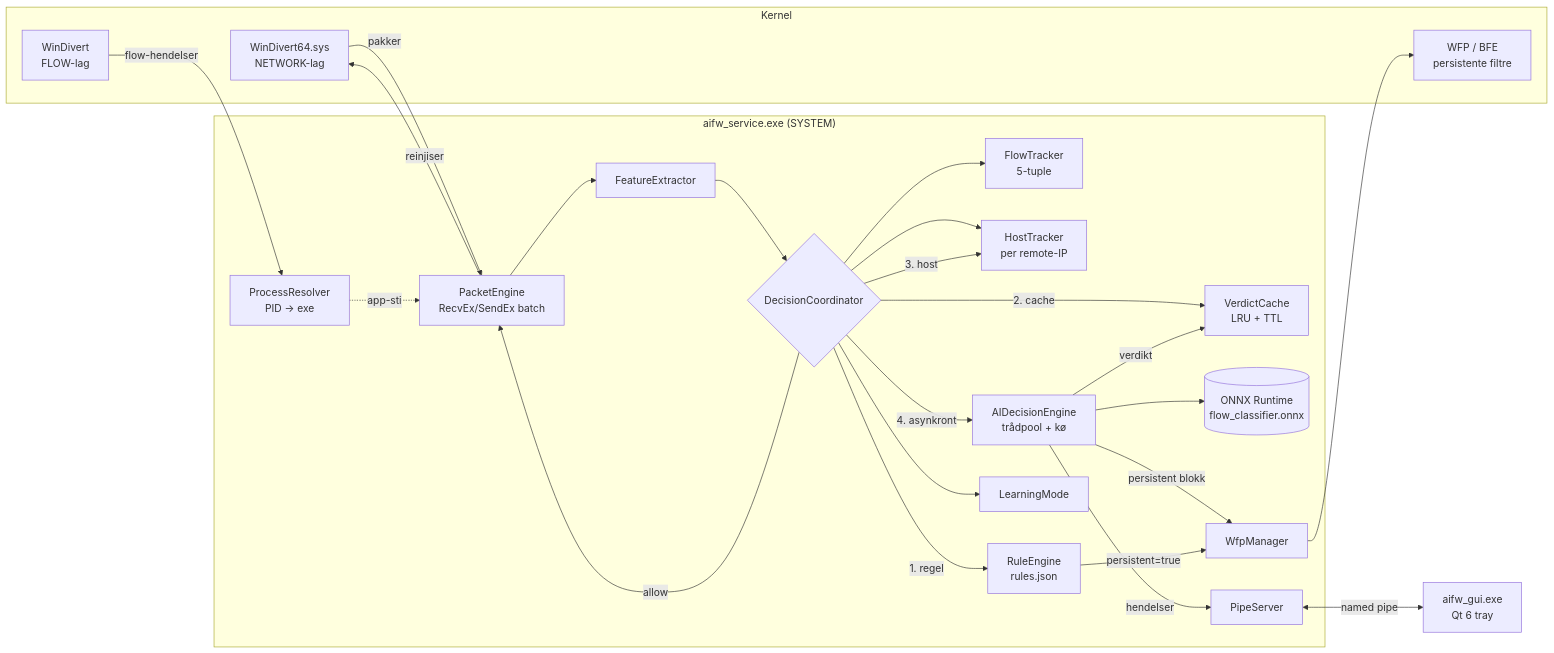
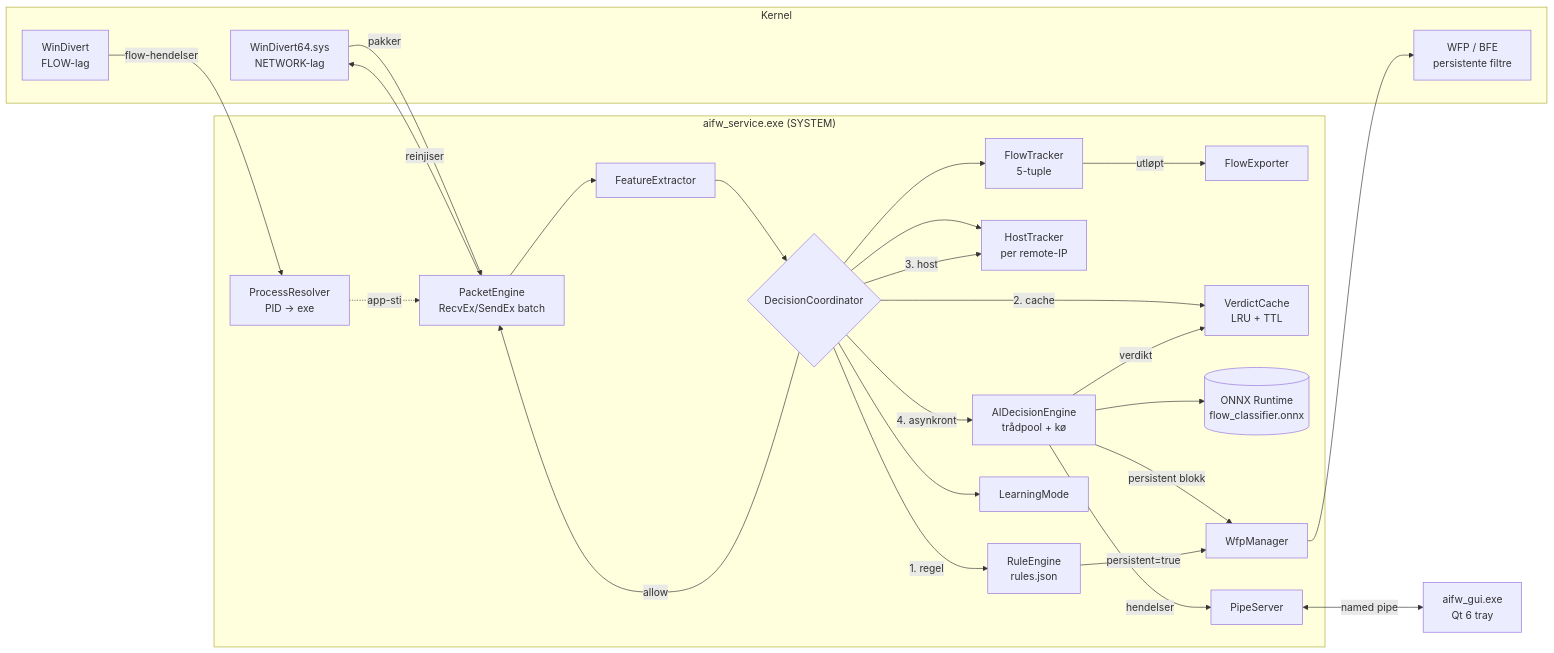
The diagram in README.md (GizzZmo/ai-firewall), drawn with Mermaid before and after one commit. The commit also changed other lines of this file, not shown here.

Commit message:
Update roadmap: mark TCP RST, flow export, model reload, and DNS as in progress/done

````diff
--- a/README.md
+++ b/README.md
@@ -32,43 +33,45 @@
 ```mermaid
 flowchart LR
     subgraph Kernel
         WD[WinDivert64.sys<br/>NETWORK-lag]
         WDF[WinDivert<br/>FLOW-lag]
         BFE[WFP / BFE<br/>persistente filtre]
     end
 
     subgraph Service["aifw_service.exe (SYSTEM)"]
         PE[PacketEngine<br/>RecvEx/SendEx batch]
         PR[ProcessResolver<br/>PID → exe]
         FX[FeatureExtractor]
         FT[FlowTracker<br/>5-tuple]
         HT[HostTracker<br/>per remote-IP]
+        FE[FlowExporter]
         DC{DecisionCoordinator}
         RE[RuleEngine<br/>rules.json]
         VC[VerdictCache<br/>LRU + TTL]
         AI[AIDecisionEngine<br/>trådpool + kø]
         OX[(ONNX Runtime<br/>flow_classifier.onnx)]
         LM[LearningMode]
         WM[WfpManager]
         PS[PipeServer]
     end
 
     GUI[aifw_gui.exe<br/>Qt 6 tray]
 
     WD -- pakker --> PE
     WDF -- flow-hendelser --> PR
     PR -. app-sti .-> PE
     PE --> FX --> DC
     DC --> FT
     DC --> HT
+    FT -- utløpt --> FE
     DC -- 1. regel --> RE
     DC -- 2. cache --> VC
     DC -- 3. host --> HT
     DC -- 4. asynkront --> AI --> OX
     AI -- verdikt --> VC
     DC --> LM
     AI -- persistent blokk --> WM --> BFE
     RE -- persistent=true --> WM
     DC -- allow --> PE -- reinjiser --> WD
     AI -- hendelser --> PS <-- named pipe --> GUI
 ```
````
